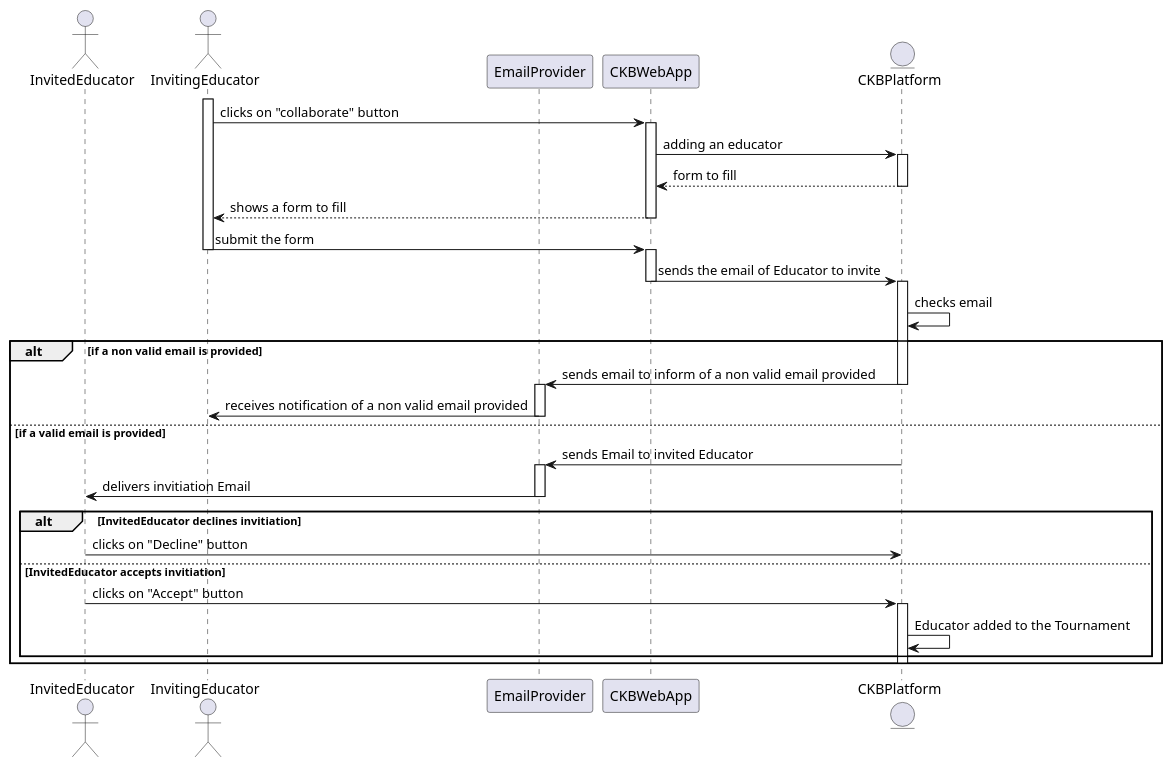
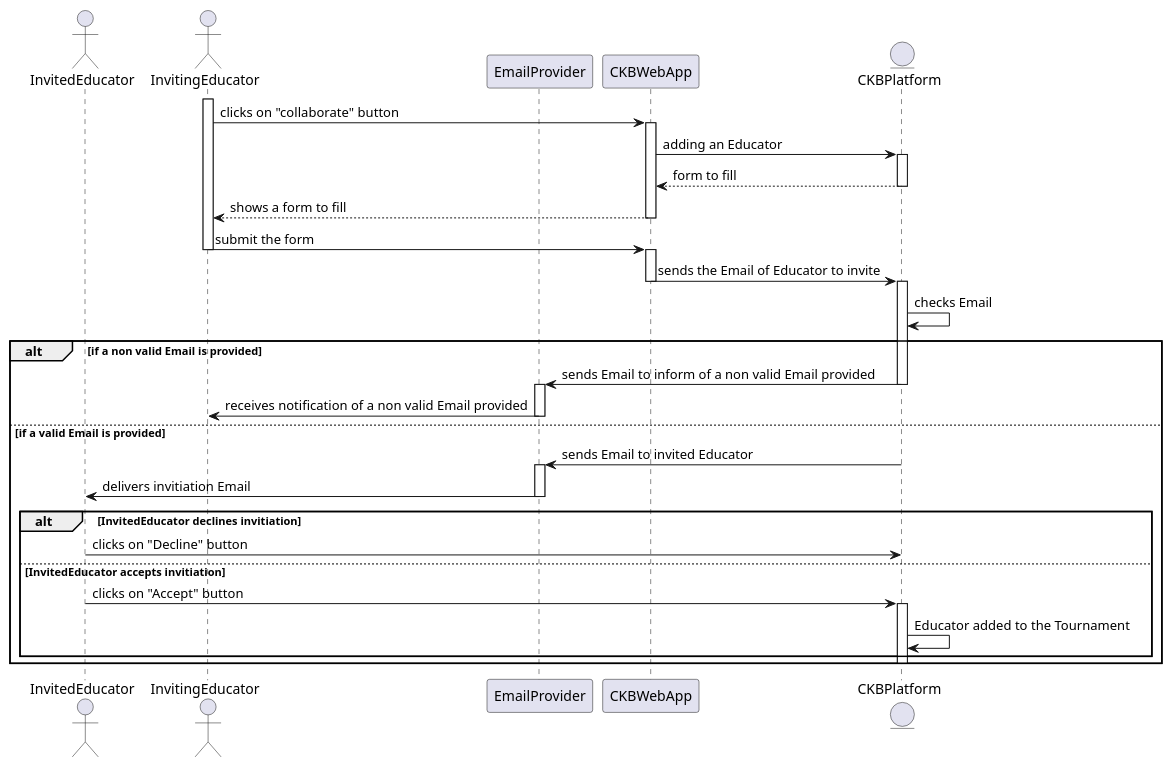
The diagram in _RASD/Images/UML/sequenceDiagram/sequenceDiagramUC4a.wsd (Angelo7672/SE2_Requirement-and-Design-Document), drawn with PlantUML before and after one commit. The commit also changed 11 other files, not shown here.

```diff
--- a/_RASD/Images/UML/sequenceDiagram/sequenceDiagramUC4a.wsd
+++ b/_RASD/Images/UML/sequenceDiagram/sequenceDiagramUC4a.wsd
@@ -1,50 +1,50 @@
 @startuml
 
 
 
 actor InvitedEducator as UB
 actor InvitingEducator as UA
 participant EmailProvider as E
 participant CKBWebApp as A
 entity CKBPlatform as P
 
 activate UA
 UA -> A: clicks on "collaborate" button
 activate A
-A -> P: adding an educator
+A -> P: adding an Educator
 activate P
 P --> A: form to fill
 deactivate P
 UA <-- A: shows a form to fill 
 deactivate A
 UA -> A: submit the form
 deactivate UA
 activate A
-A -> P: sends the email of Educator to invite
+A -> P: sends the Email of Educator to invite
 deactivate A
 activate P
-P -> P: checks email
+P -> P: checks Email
 
-alt if a non valid email is provided
-    P -> E: sends email to inform of a non valid email provided
+alt if a non valid Email is provided
+    P -> E: sends Email to inform of a non valid Email provided
     deactivate P
     activate E
-    E -> UA: receives notification of a non valid email provided
+    E -> UA: receives notification of a non valid Email provided
     deactivate E
-else if a valid email is provided
+else if a valid Email is provided
     P -> E: sends Email to invited Educator
     activate E
     E -> UB: delivers invitiation Email
     deactivate E
 
     alt InvitedEducator declines invitiation
         UB -> P: clicks on "Decline" button
     else InvitedEducator accepts invitiation
         UB -> P: clicks on "Accept" button
         activate P
         P -> P: Educator added to the Tournament
     end
     deactivate P
 end 
 
 @enduml
```
